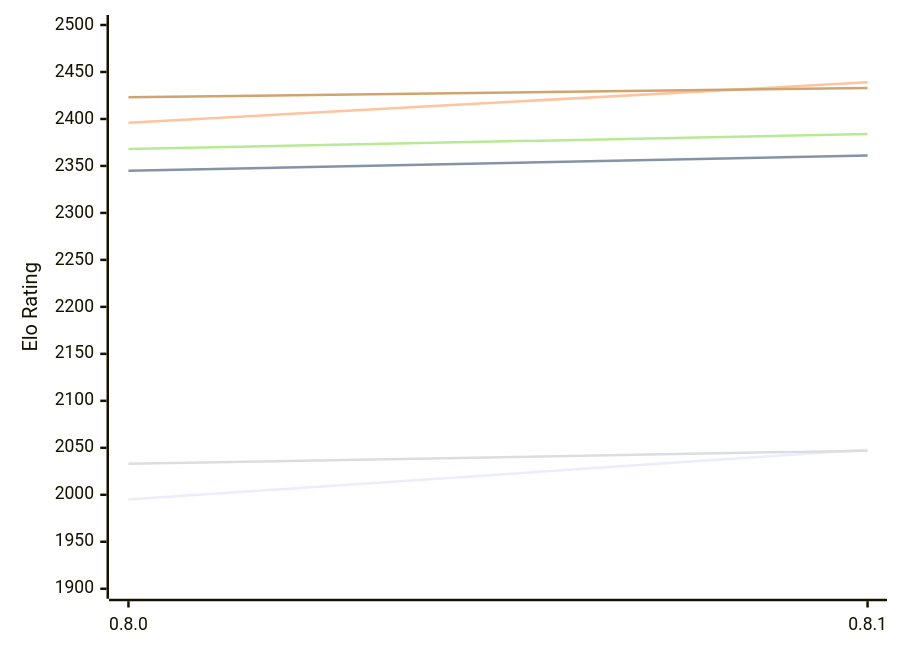
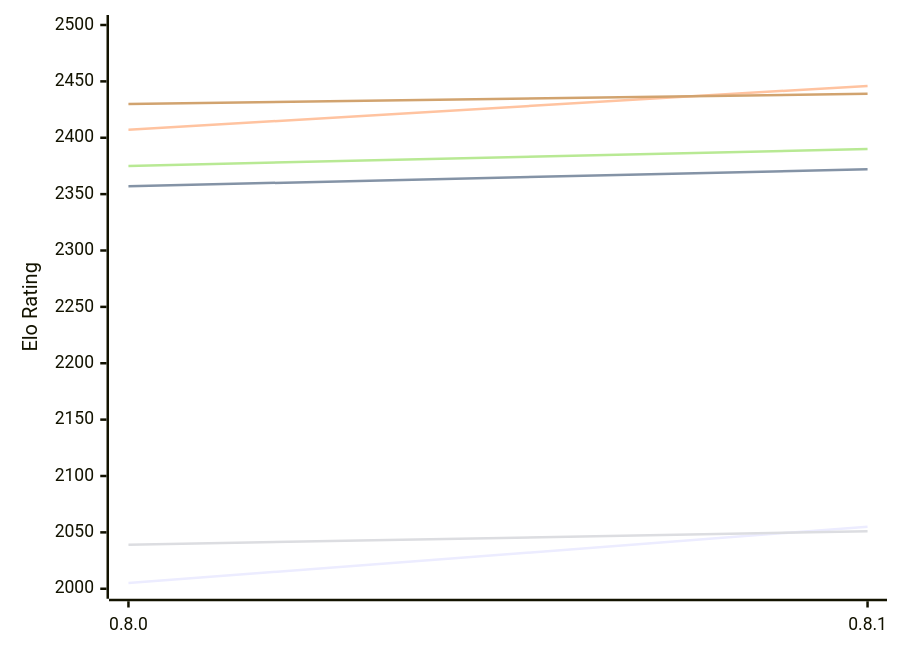
One commit to computer-chess-index/cci changed the diagram in engines/LittleWing.md. Above: the diagram before and after it, drawn with Mermaid. The commit also changed other lines of this file, not shown here.

Commit message:
Update CCI Ratings (ELO VLTC) - 2026-10-25

````diff
--- a/engines/LittleWing.md
+++ b/engines/LittleWing.md
@@ -49,12 +49,12 @@
 ```mermaid
 %%{init: {"theme":"base","themeVariables":{"seriesColors:['#a3a3a3','#222221','#faa371']}}}%%
 xychart-beta
   x-axis ["0.8.0", "0.8.1"]
-  y-axis "Elo Rating" 1900 --> 2500
-  line "E1: STC (8.0+0.08s)" [1995, 2048]
-  line "E1: LTC (60.0+0.60s)" [2345, 2361]
-  line "E1: VLTC (2m24s+1.12s)" [2396, 2439]
-  line "P1: STC (8.0+0.08s)" [2033, 2047]
-  line "P1: LTC (60.0+0.60s)" [2368, 2384]
-  line "P1: VLTC (2m24s+1.12s)" [2423, 2433]
+  y-axis "Elo Rating" 2000 --> 2500
+  line "E1: STC (8.0+0.08s)" [2005, 2055]
+  line "E1: LTC (60.0+0.60s)" [2357, 2372]
+  line "E1: VLTC (2m24s+1.12s)" [2407, 2446]
+  line "P1: STC (8.0+0.08s)" [2039, 2051]
+  line "P1: LTC (60.0+0.60s)" [2375, 2390]
+  line "P1: VLTC (2m24s+1.12s)" [2430, 2439]
 ```
````
